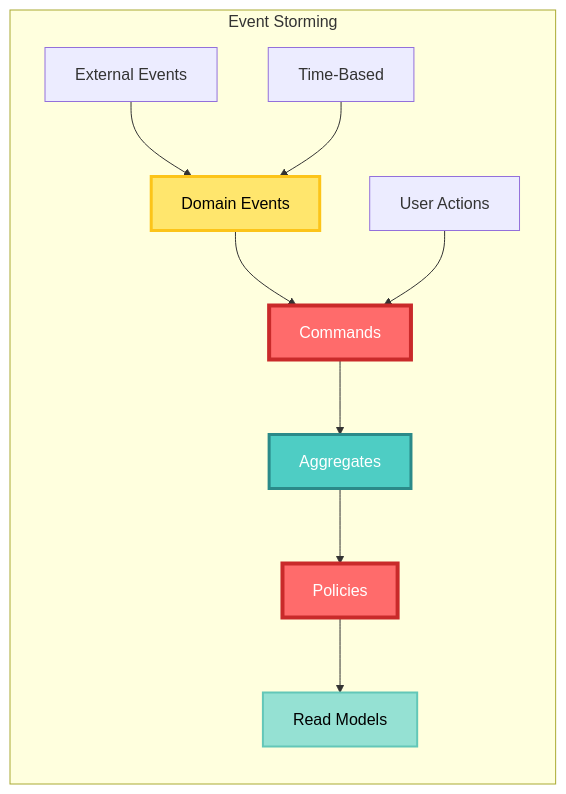
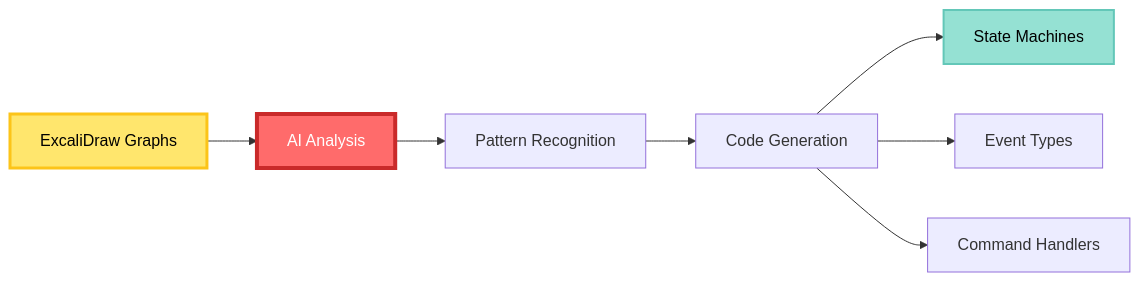
The diagram in doc/domain-development-guide.md (TheCowboyAI/cim), drawn with Mermaid before and after one commit. The commit also changed other lines of this file, not shown here.

First line of the commit message:
docs: revise domain development guide for visual-first approach

````diff
--- a/doc/domain-development-guide.md
+++ b/doc/domain-development-guide.md
@@ -40,20 +301,13 @@
 ```mermaid
 graph LR
-    subgraph "Event Storming"
-        A[Domain Events] --> B[Commands]
-        B --> C[Aggregates]
-        C --> D[Policies]
-        D --> E[Read Models]
-        
-        F[External Events] --> A
-        G[User Actions] --> B
-        H[Time-Based] --> A
-    end
+    A[ExcaliDraw Graphs] --> B[AI Analysis]
+    B --> C[Pattern Recognition]
+    C --> D[Code Generation]
+    D --> E[State Machines]
+    D --> F[Event Types]
+    D --> G[Command Handlers]
     
-    %% Styling
     style A fill:#FFE66D,stroke:#FCC419,stroke-width:3px,color:#000
     style B fill:#FF6B6B,stroke:#C92A2A,stroke-width:4px,color:#FFF
-    style C fill:#4ECDC4,stroke:#2B8A89,stroke-width:3px,color:#FFF
-    style D fill:#FF6B6B,stroke:#C92A2A,stroke-width:4px,color:#FFF
     style E fill:#95E1D3,stroke:#63C7B8,stroke-width:2px,color:#000
 ```
````
